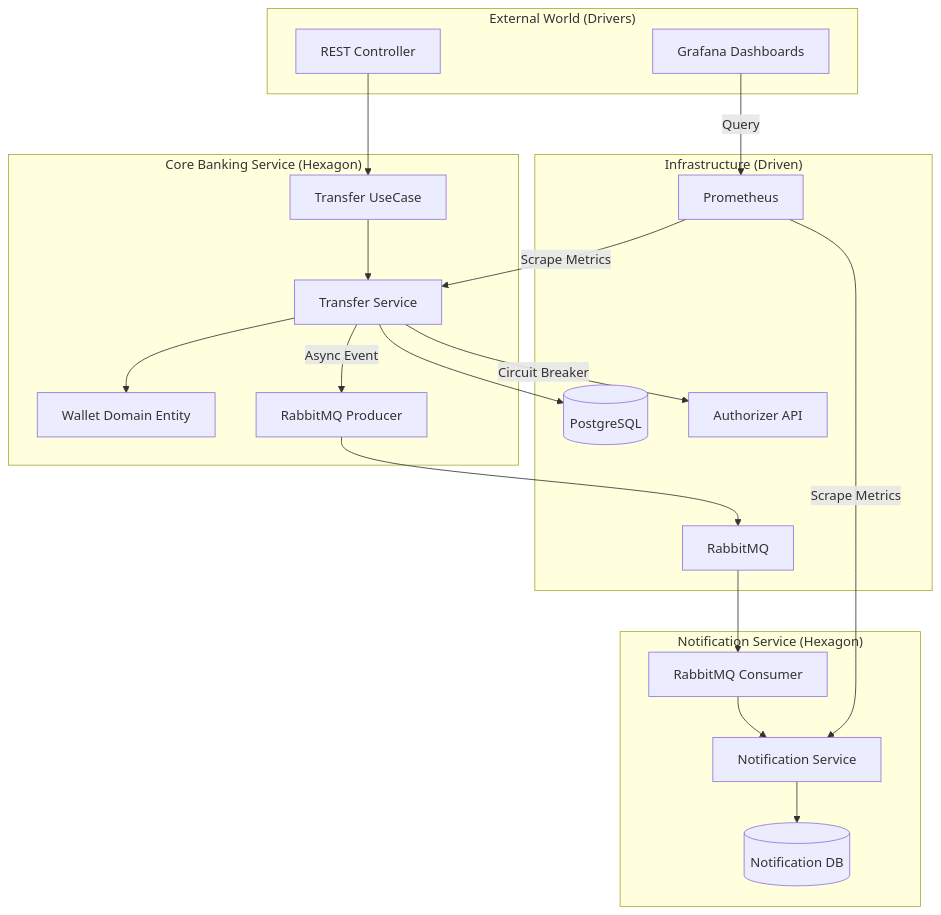
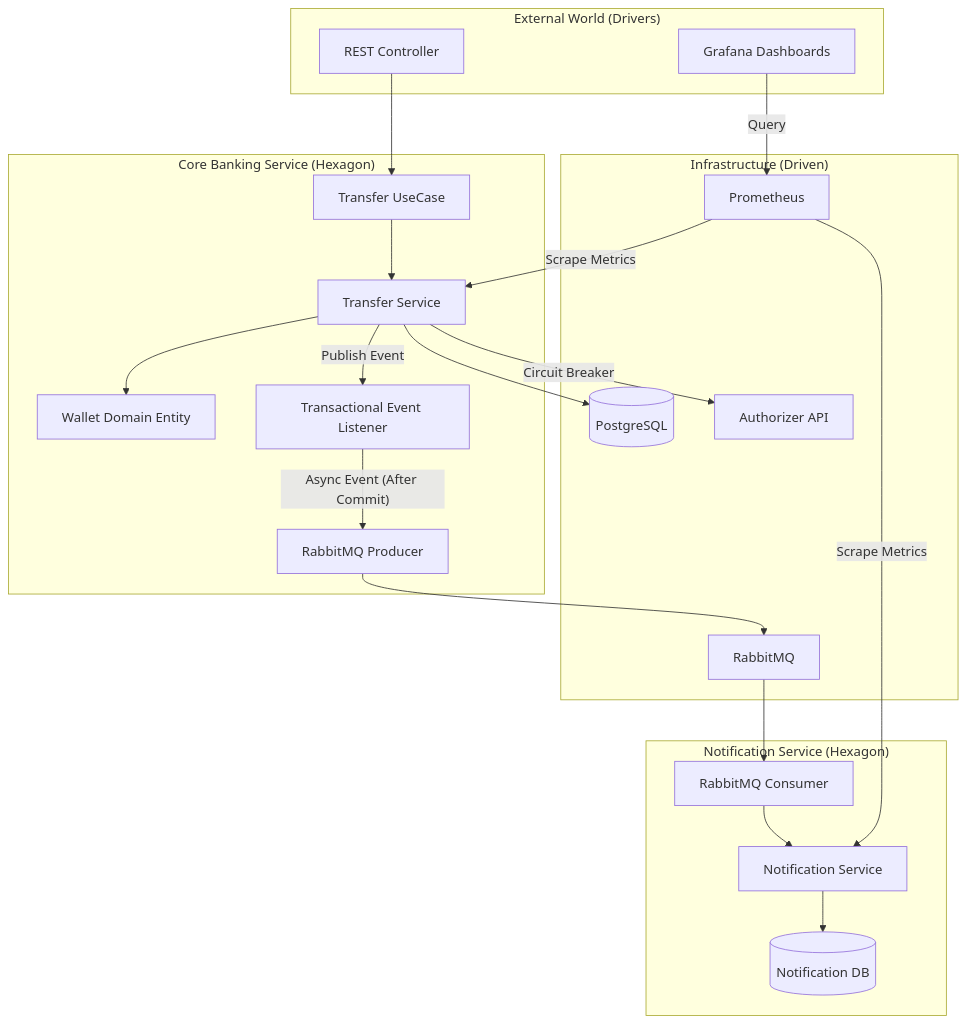
Before and after one commit to ryan-mant/payment-service: the diagram in README.md, drawn with Mermaid. The commit also changed other lines of this file, not shown here.

Commit message:
Update README with transactional event listener and manual ACK details

````diff
--- a/README.md
+++ b/README.md
@@ -28,42 +28,44 @@
 ```mermaid
 graph TD
     subgraph "External World (Drivers)"
         API[REST Controller]
         Grafana[Grafana Dashboards]
     end
 
     subgraph "Core Banking Service (Hexagon)"
         InputPort[Transfer UseCase]
         Domain[Wallet Domain Entity]
         Service[Transfer Service]
         Producer[RabbitMQ Producer]
+        Listener[Transactional Event Listener]
     end
 
     subgraph "Notification Service (Hexagon)"
         Consumer[RabbitMQ Consumer]
         NotifService[Notification Service]
         NotifDB[(Notification DB)]
     end
 
     subgraph "Infrastructure (Driven)"
         DB[(PostgreSQL)]
         Auth[Authorizer API]
         Queue[RabbitMQ]
         Prometheus[Prometheus]
     end
 
     API --> InputPort
     InputPort --> Service
     Service --> Domain
     Service --> DB
     Service -- Circuit Breaker --> Auth
-    Service -- Async Event --> Producer
+    Service -- Publish Event --> Listener
+    Listener -- Async Event (After Commit) --> Producer
     Producer --> Queue
     Queue --> Consumer
     Consumer --> NotifService
     NotifService --> NotifDB
     
     Prometheus -- Scrape Metrics --> Service
     Prometheus -- Scrape Metrics --> NotifService
     Grafana -- Query --> Prometheus
 ```
````
